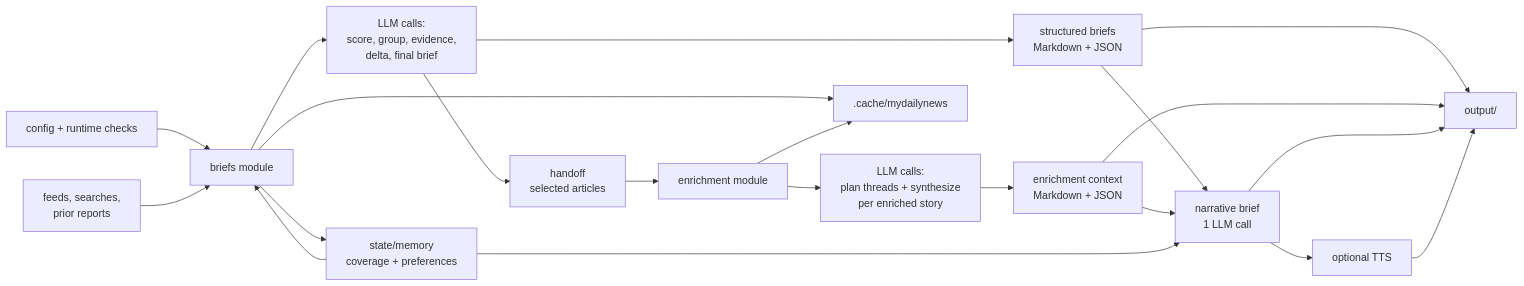
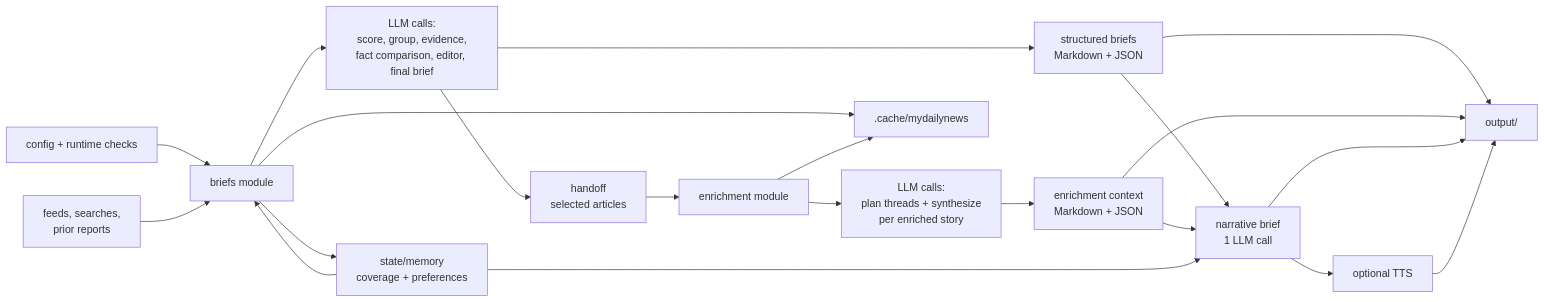
Before and after one commit to HorizonEngine24798/MyDailyNews: the diagram in README.md, drawn with Mermaid. The commit also changed other lines of this file and 18 other files, not shown here.

````diff
--- a/README.md
+++ b/README.md
@@ -46,23 +46,23 @@
 ```mermaid
 flowchart LR
     CONFIG["config + runtime checks"] --> BRIEFS["briefs module"]
     SOURCES["feeds, searches,<br/>prior reports"] --> BRIEFS
     MEMORY["state/memory<br/>coverage + preferences"] --> BRIEFS
-    BRIEFS --> BRIEF_CALLS["LLM calls:<br/>score, group, evidence,<br/>delta, final brief"]
+    BRIEFS --> BRIEF_CALLS["LLM calls:<br/>score, group, evidence,<br/>fact comparison, editor, final brief"]
     BRIEF_CALLS --> STRUCTURED["structured briefs<br/>Markdown + JSON"]
     BRIEF_CALLS --> HANDOFF["handoff<br/>selected articles"]
     HANDOFF --> ENRICH["enrichment module"]
     ENRICH --> ENRICH_CALLS["LLM calls:<br/>plan threads + synthesize<br/>per enriched story"]
     ENRICH_CALLS --> ENRICHED["enrichment context<br/>Markdown + JSON"]
     STRUCTURED --> NARRATIVE["narrative brief<br/>1 LLM call"]
     ENRICHED --> NARRATIVE
     MEMORY --> NARRATIVE
     NARRATIVE --> TTS["optional TTS"]
     STRUCTURED --> OUTPUT["output/"]
     ENRICHED --> OUTPUT
     NARRATIVE --> OUTPUT
     TTS --> OUTPUT
     BRIEFS --> MEMORY
     BRIEFS --> CACHE[".cache/mydailynews"]
     ENRICH --> CACHE
 ```
````
